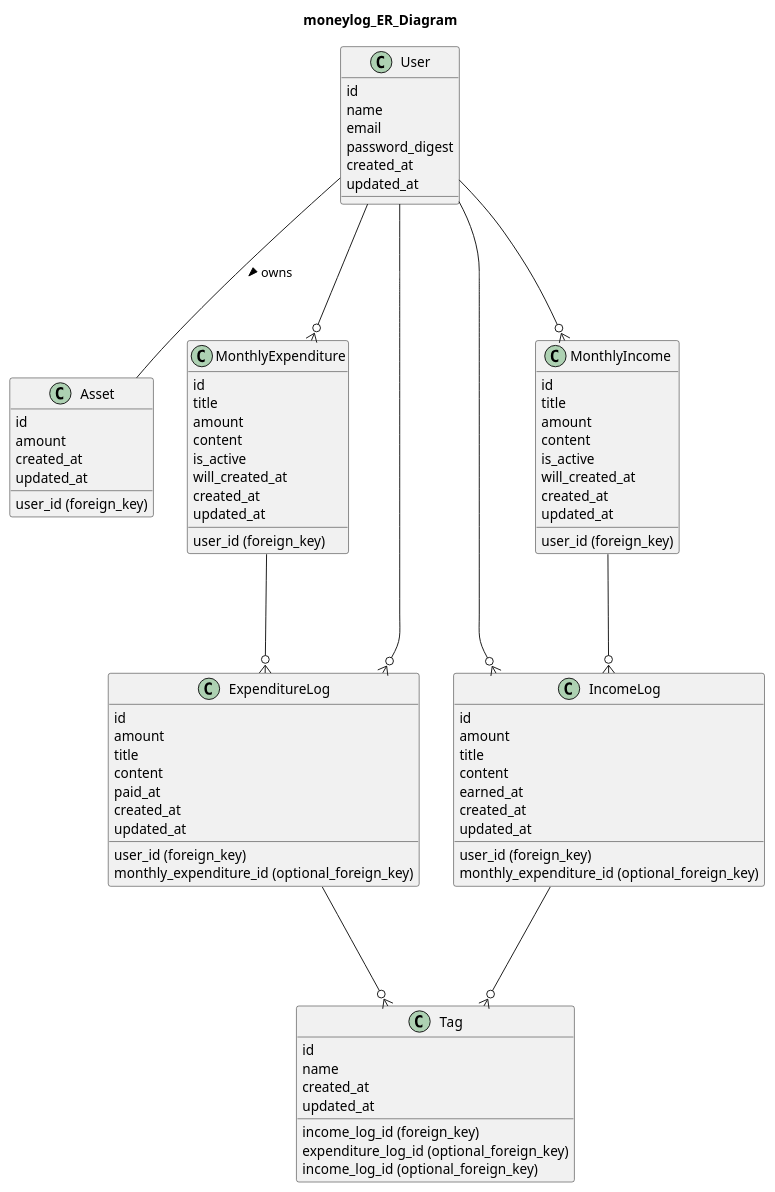
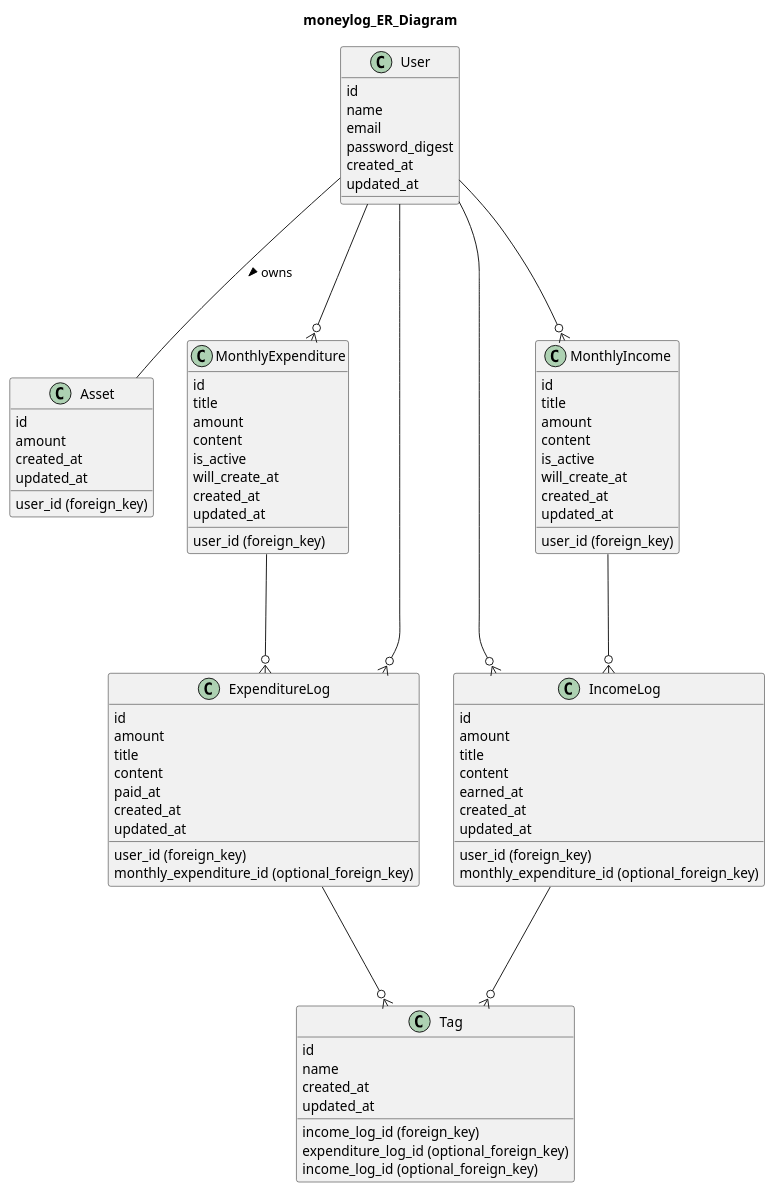
One commit to digitter/moneylog changed the diagram in moneylog_doc/moneylog_uml.pu. Above: the diagram before and after it, drawn with PlantUML. The commit also changed 5 other files, not shown here.

```diff
--- a/moneylog_doc/moneylog_uml.pu
+++ b/moneylog_doc/moneylog_uml.pu
@@ -1,85 +1,85 @@
 @startuml
   title moneylog_ER_Diagram
 
   ' Relationship
   User --- Asset: owns >
   User ---o{ ExpenditureLog
   User ---o{ IncomeLog
   User ---o{ MonthlyExpenditure
   User ---o{ MonthlyIncome
 
   MonthlyExpenditure ---o{ ExpenditureLog
   MonthlyIncome ---o{ IncomeLog
 
   IncomeLog ---o{ Tag
   ExpenditureLog ---o{ Tag
 
   class User {
     id
     name
     email
     password_digest
     created_at
     updated_at
   }
   class Asset {
     id
     user_id (foreign_key)
     amount
     created_at
     updated_at
   }
   class MonthlyExpenditure {
     id
     user_id (foreign_key)
     title
     amount
     content
     is_active
-    will_created_at
+    will_create_at
     created_at
     updated_at
   }
   class MonthlyIncome {
     id
     user_id (foreign_key)
     title
     amount
     content
     is_active
-    will_created_at
+    will_create_at
     created_at
     updated_at
   }
   class IncomeLog {
     id
     user_id (foreign_key)
     monthly_expenditure_id (optional_foreign_key)
     amount
     title
     content
     earned_at
     created_at
     updated_at
   }
   class ExpenditureLog {
     id
     user_id (foreign_key)
     monthly_expenditure_id (optional_foreign_key)
     amount
     title
     content
     paid_at
     created_at
     updated_at
   }
   class Tag {
     id
     income_log_id (foreign_key)
     expenditure_log_id (optional_foreign_key)
     income_log_id (optional_foreign_key)
     name
     created_at
     updated_at
   }
 @enduml
```
